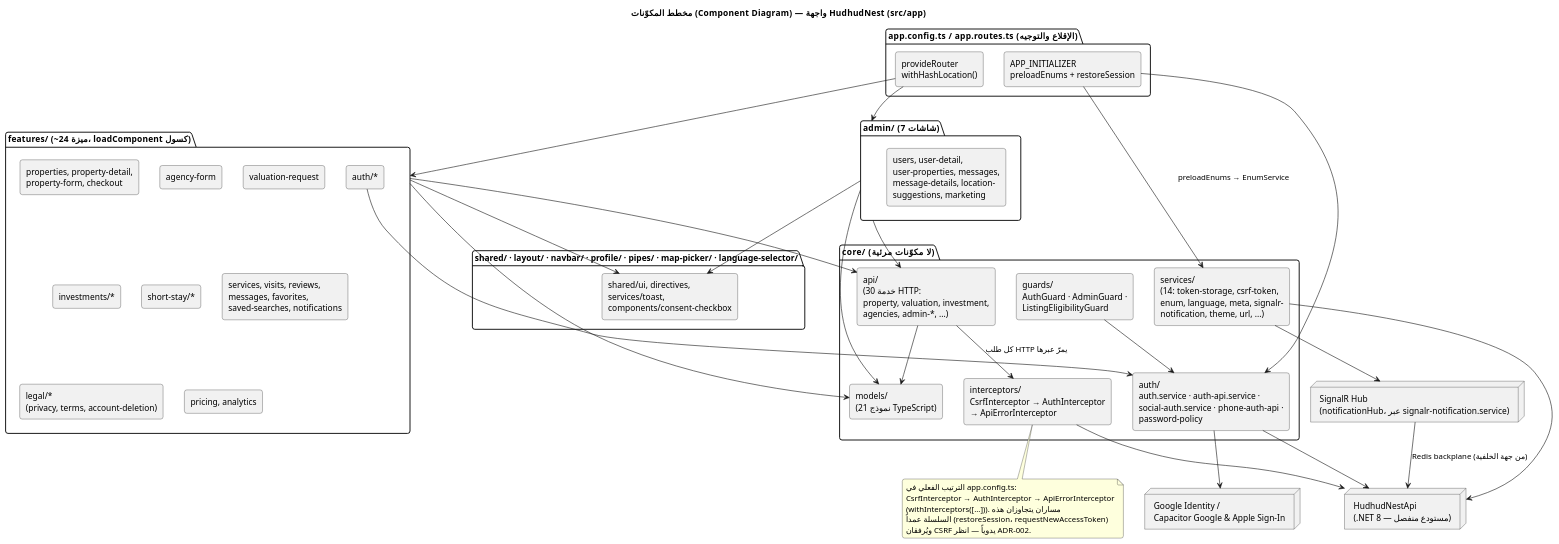
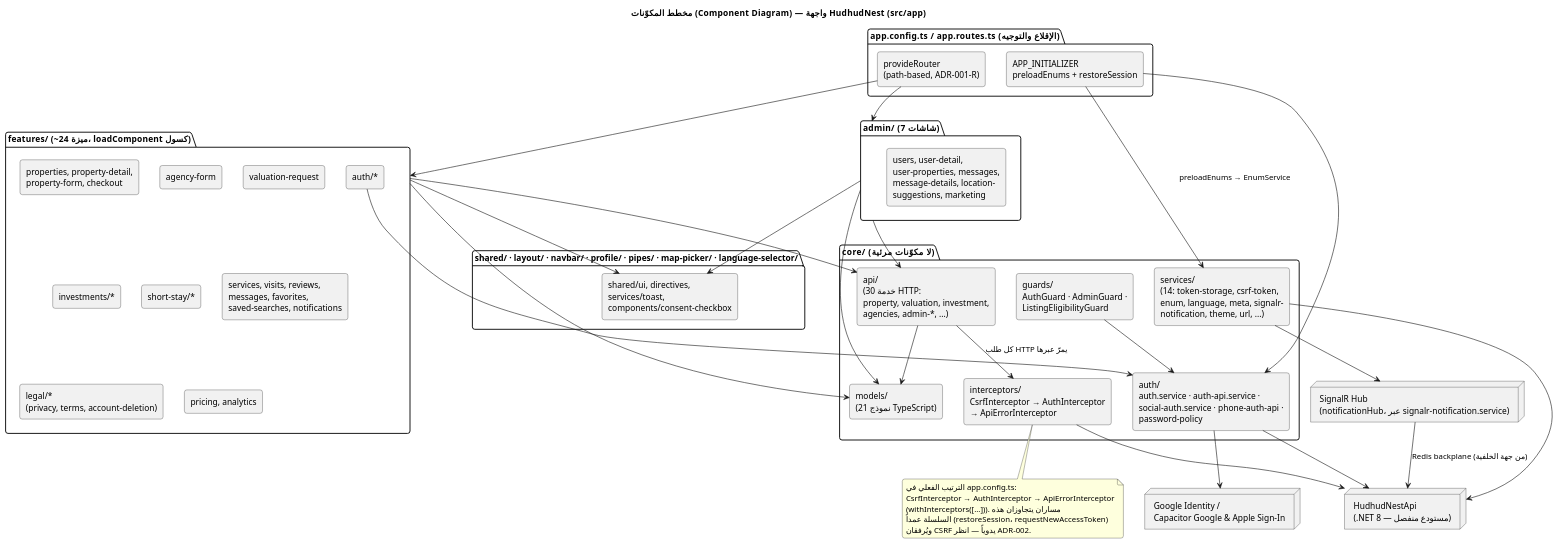
Before and after one commit to Naeem-Ba/HudhudNest: the diagram in docs/architecture/ARD/diagrams/03-component.puml, drawn with PlantUML. The commit also changed 2 other files, not shown here.

Commit message:
docs: record hash-routing removal (ADR-001-R), close B-14 root cause
ARD-HudhudNest.md's ADR-001 documented hash routing as deliberate; marks it
superseded and adds ADR-001-R recording the real-path switch and why the
original blocker no longer applies. RELEASE-BLOCKERS-AR.md's B-14 (email
confirmation/reset links landing on the wrong page) is annotated resolved
via option (a) instead of the hash-prefix patch (option b) it originally
shipped with -- manual click-through verification in Staging is still
outstanding and called out as such.

Claude-Session: https://claude.ai/code/session_013MTKvrmkUxbnTUhT3msPEf

```diff
--- a/docs/architecture/ARD/diagrams/03-component.puml
+++ b/docs/architecture/ARD/diagrams/03-component.puml
@@ -1,81 +1,81 @@
 @startuml Components
 skinparam backgroundColor #FFFFFF
 skinparam shadowing false
 skinparam roundcorner 8
 skinparam defaultFontName "Segoe UI"
 skinparam componentStyle rectangle
 title مخطط المكوّنات (Component Diagram) — واجهة HudhudNest (src/app)
 
 package "app.config.ts / app.routes.ts (الإقلاع والتوجيه)" as Bootstrap {
   [APP_INITIALIZER\npreloadEnums + restoreSession] as Init
-  [provideRouter\nwithHashLocation()] as Router
+  [provideRouter\n(path-based, ADR-001-R)] as Router
 }
 
 package "core/ (لا مكوّنات مرئية)" as Core {
   [api/\n(30 خدمة HTTP:\nproperty, valuation, investment,\nagencies, admin-*, ...)] as ApiServices
   [auth/\nauth.service · auth-api.service ·\nsocial-auth.service · phone-auth-api ·\npassword-policy] as AuthCore
   [guards/\nAuthGuard · AdminGuard ·\nListingEligibilityGuard] as Guards
   [interceptors/\nCsrfInterceptor → AuthInterceptor\n→ ApiErrorInterceptor] as Interceptors
   [services/\n(14: token-storage, csrf-token,\nenum, language, meta, signalr-\nnotification, theme, url, ...)] as CoreServices
   [models/\n(21 نموذج TypeScript)] as Models
 }
 
 package "features/ (~24 ميزة، loadComponent كسول)" as Features {
   [auth/*] as FAuth
   [properties, property-detail,\nproperty-form, checkout] as FListings
   [agency-form] as FAgency
   [valuation-request] as FValuation
   [investments/*] as FInvestments
   [short-stay/*] as FShortStay
   [services, visits, reviews,\nmessages, favorites,\nsaved-searches, notifications] as FInteraction
   [legal/*\n(privacy, terms, account-deletion)] as FLegal
   [pricing, analytics] as FProduct
 }
 
 package "admin/ (7 شاشات)" as Admin {
   [users, user-detail,\nuser-properties, messages,\nmessage-details, location-\nsuggestions, marketing] as AdminPages
 }
 
 package "shared/ · layout/ · navbar/ · profile/ · pipes/ · map-picker/ · language-selector/" as Shared {
   [shared/ui, directives,\nservices/toast,\ncomponents/consent-checkbox] as SharedUi
 }
 
 node "HudhudNestApi\n(.NET 8 — مستودع منفصل)" as Backend
 node "Google Identity /\nCapacitor Google & Apple Sign-In" as IdentityProviders
 node "SignalR Hub\n(notificationHub، عبر signalr-notification.service)" as SignalRHub
 
 Init --> AuthCore
 Init --> CoreServices : preloadEnums → EnumService
 Router --> Features
 Router --> Admin
 
 Features --> ApiServices
 Admin --> ApiServices
 FAuth --> AuthCore
 Guards --> AuthCore
 
 ApiServices --> Interceptors : كل طلب HTTP يمرّ عبرها
 Interceptors --> Backend
 AuthCore --> Backend
 CoreServices --> Backend
 
 AuthCore --> IdentityProviders
 CoreServices --> SignalRHub
 SignalRHub --> Backend : Redis backplane (من جهة الخلفية)
 
 Features --> Models
 Admin --> Models
 ApiServices --> Models
 
 Features --> SharedUi
 Admin --> SharedUi
 
 note bottom of Interceptors
   الترتيب الفعلي في app.config.ts:
   CsrfInterceptor → AuthInterceptor → ApiErrorInterceptor
   (withInterceptors([...])). مساران يتجاوزان هذه
   السلسلة عمداً (restoreSession، requestNewAccessToken)
   ويُرفقان CSRF يدوياً — انظر ADR-002.
 end note
 
 @enduml
```
